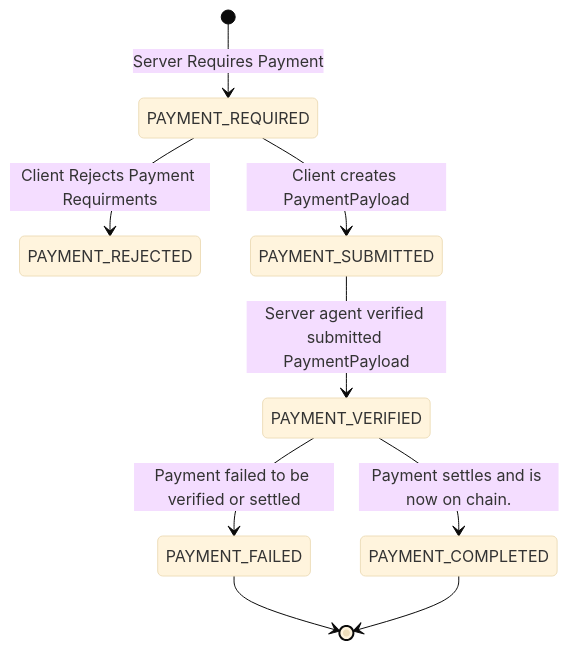
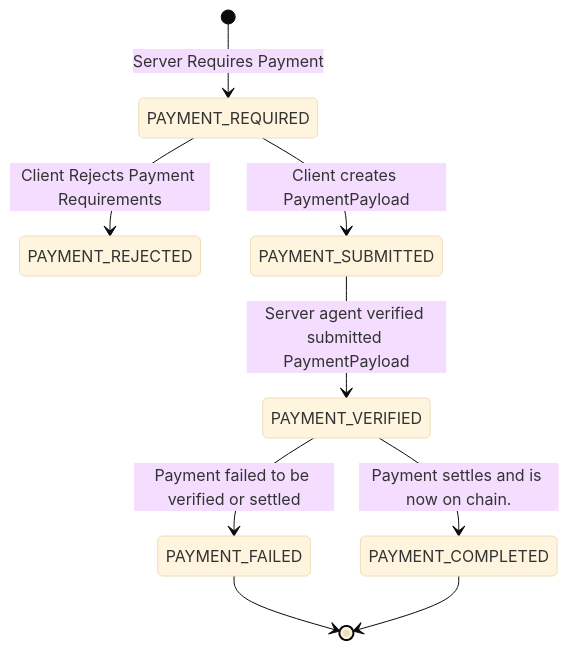
The second of 2 diagrams in v0.1/spec.md (google-agentic-commerce/a2a-x402), drawn with Mermaid (base theme) before and after one commit. The commit also changed other lines of this file and 2 other files, not shown here.

Commit message:
minor updats on readmes and docs

````diff
--- a/v0.1/spec.md
+++ b/v0.1/spec.md
@@ -286,11 +286,11 @@
 ```mermaid
 stateDiagram-v2
     [*] --> PAYMENT_REQUIRED: Server Requires Payment
-    PAYMENT_REQUIRED --> PAYMENT_REJECTED: Client Rejects Payment Requirments
+    PAYMENT_REQUIRED --> PAYMENT_REJECTED: Client Rejects Payment Requirements
     PAYMENT_REQUIRED --> PAYMENT_SUBMITTED: Client creates PaymentPayload
     PAYMENT_SUBMITTED --> PAYMENT_VERIFIED: Server agent verified submitted PaymentPayload
     PAYMENT_VERIFIED --> PAYMENT_COMPLETED: Payment settles and is now on chain.
     PAYMENT_VERIFIED --> PAYMENT_FAILED: Payment failed to be verified or settled
     PAYMENT_FAILED --> [*]
     PAYMENT_COMPLETED --> [*]
 ```
````
